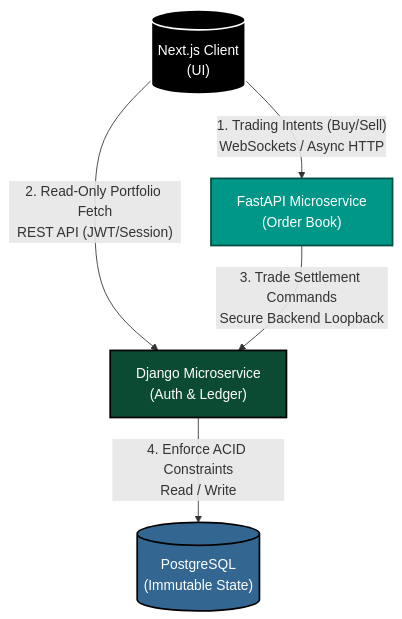
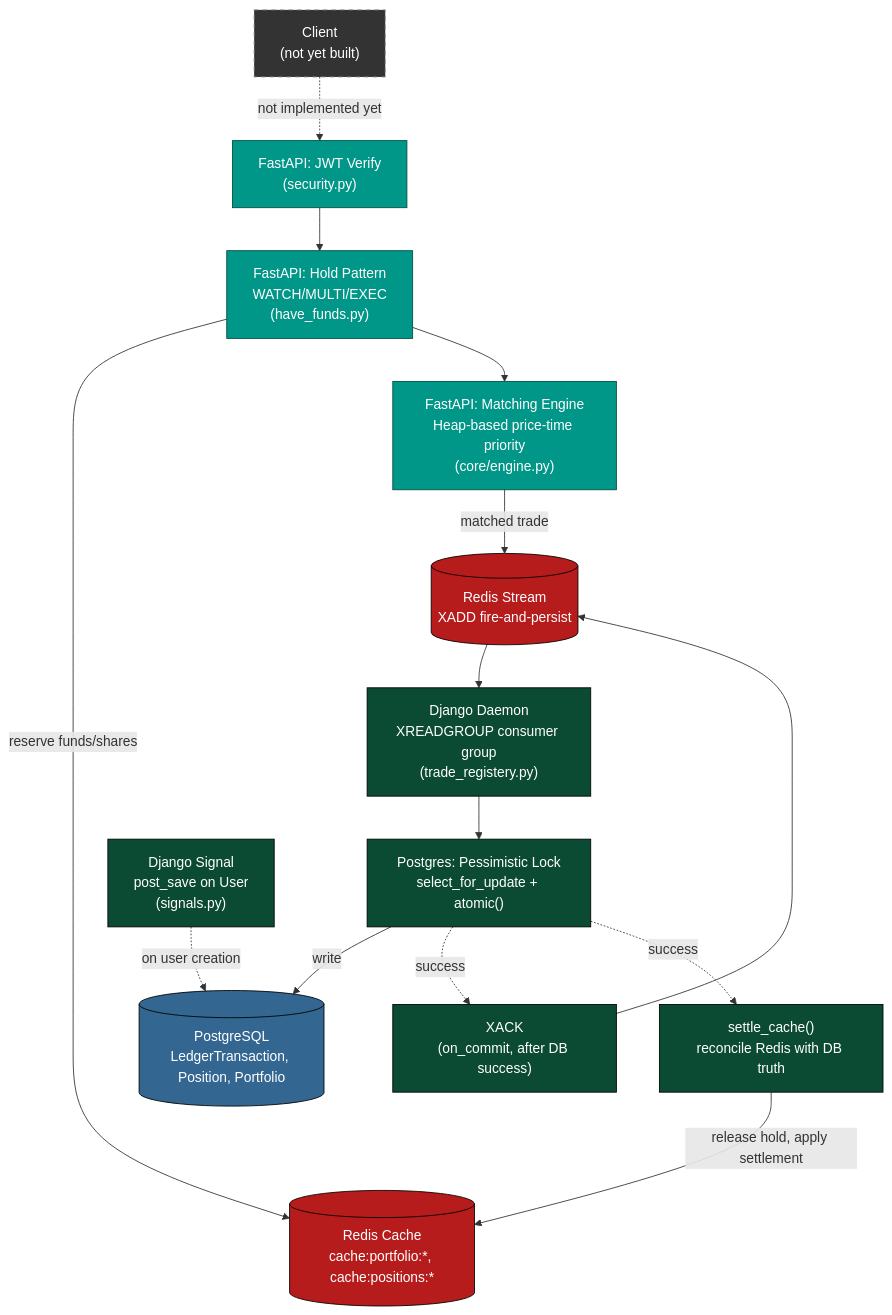
Before and after one commit to Har1s-Akbar/Project-Mitori: the diagram in README.md, drawn with Mermaid. The commit also changed other lines of this file and 1 other file, not shown here.

````diff
--- a/README.md
+++ b/README.md
@@ -10,20 +10,43 @@
 ```mermaid
 graph TD
-    %% Define Nodes
-    Client[(" Next.js Client<br/>(UI)")]
-    FastAPI[" FastAPI Microservice<br/>(Order Book)"]
-    Django[" Django Microservice<br/>(Auth & Ledger)"]
-    DB[(" PostgreSQL<br/>(Immutable State)")]
+    Client["Client<br/>(not yet built)"]
+    Auth["FastAPI: JWT Verify<br/>(security.py)"]
+    Hold["FastAPI: Hold Pattern<br/>WATCH/MULTI/EXEC<br/>(have_funds.py)"]
+    Engine["FastAPI: Matching Engine<br/>Heap-based price-time priority<br/>(core/engine.py)"]
+    Stream[("Redis Stream<br/>XADD fire-and-persist")]
+    Daemon["Django Daemon<br/>XREADGROUP consumer group<br/>(trade_registery.py)"]
+    Lock["Postgres: Pessimistic Lock<br/>select_for_update + atomic()"]
+    DB[("PostgreSQL<br/>LedgerTransaction, Position, Portfolio")]
+    Ack["XACK<br/>(on_commit, after DB success)"]
+    Settle["settle_cache()<br/>reconcile Redis with DB truth"]
+    Cache[("Redis Cache<br/>cache:portfolio:*, cache:positions:*")]
+    Signal["Django Signal<br/>post_save on User<br/>(signals.py)"]
 
-    %% Define Connections
-    Client -- "1. Trading Intents (Buy/Sell)<br/>WebSockets / Async HTTP" --> FastAPI
-    Client -- "2. Read-Only Portfolio Fetch<br/>REST API (JWT/Session)" --> Django
-    FastAPI -- "3. Trade Settlement Commands<br/>Secure Backend Loopback" --> Django
-    Django -- "4. Enforce ACID Constraints<br/>Read / Write" --> DB
+    Client -. "not implemented yet" .-> Auth
+    Auth --> Hold
+    Hold -- "reserve funds/shares" --> Cache
+    Hold --> Engine
+    Engine -- "matched trade" --> Stream
+    Stream --> Daemon
+    Daemon --> Lock
+    Lock -- "write" --> DB
+    Lock -. "success" .-> Ack
+    Ack --> Stream
+    Lock -. "success" .-> Settle
+    Settle -- "release hold, apply settlement" --> Cache
 
-    %% Styling
-    style Client fill:#000000,stroke:#ffffff,stroke-width:2px,color:#ffffff
-    style FastAPI fill:#009688,stroke:#004d40,stroke-width:2px,color:#ffffff
-    style Django fill:#0c4b33,stroke:#000000,stroke-width:2px,color:#ffffff
-    style DB fill:#336791,stroke:#000000,stroke-width:2px,color:#ffffff
+    Signal -. "on user creation" .-> DB
+
+    style Client fill:#333,stroke:#888,stroke-dasharray: 5 5,color:#fff
+    style Auth fill:#009688,stroke:#004d40,color:#fff
+    style Hold fill:#009688,stroke:#004d40,color:#fff
+    style Engine fill:#009688,stroke:#004d40,color:#fff
+    style Stream fill:#b71c1c,stroke:#000,color:#fff
+    style Daemon fill:#0c4b33,stroke:#000,color:#fff
+    style Lock fill:#0c4b33,stroke:#000,color:#fff
+    style DB fill:#336791,stroke:#000,color:#fff
+    style Ack fill:#0c4b33,stroke:#000,color:#fff
+    style Settle fill:#0c4b33,stroke:#000,color:#fff
+    style Cache fill:#b71c1c,stroke:#000,color:#fff
+    style Signal fill:#0c4b33,stroke:#000,color:#fff
 ```
````
